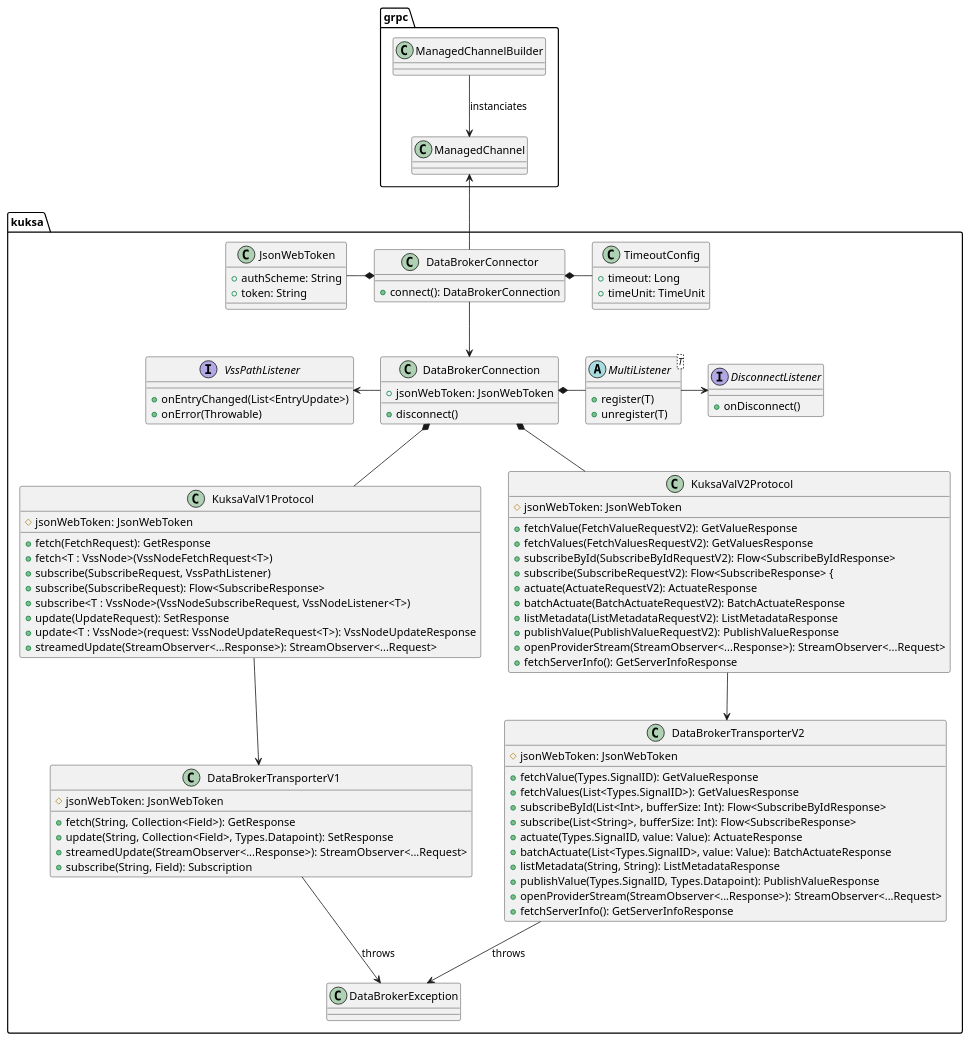
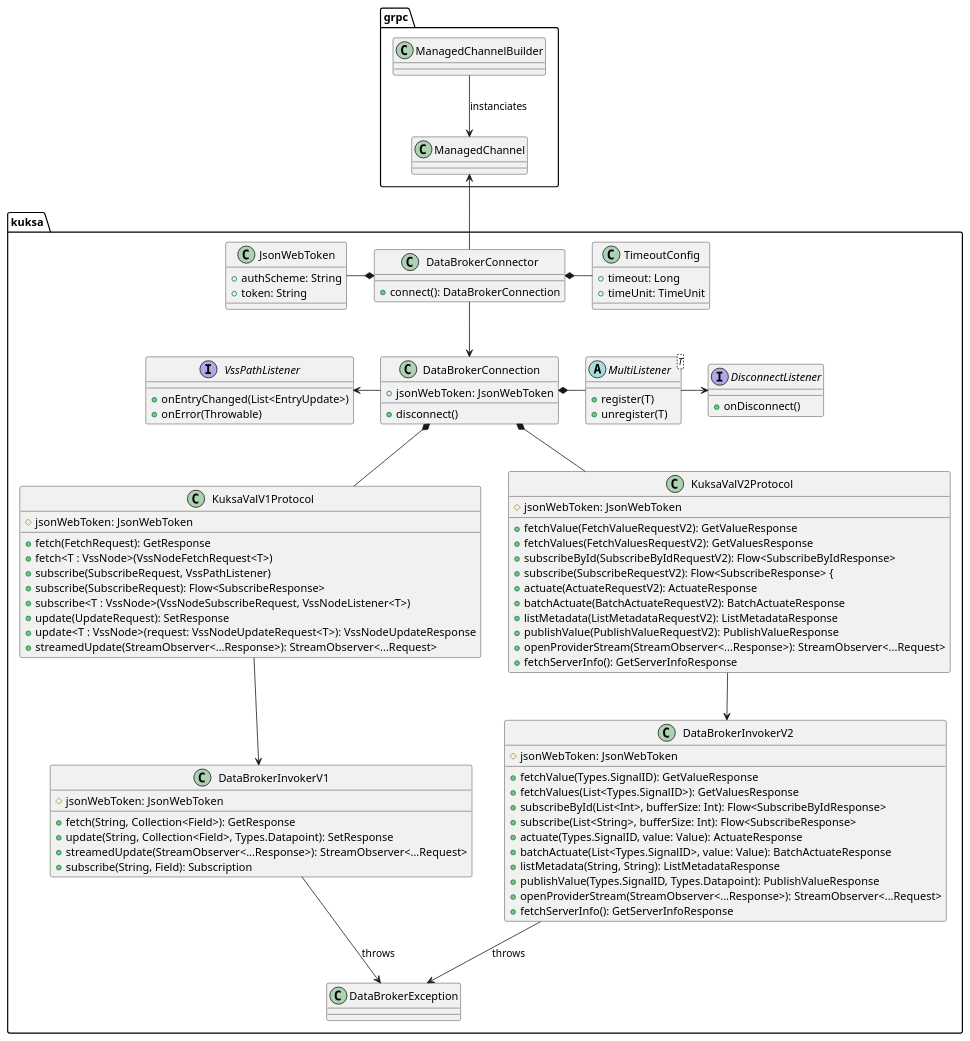
The diagram in docs/kuksa-sdk_class-diagram.puml (boschglobal/kuksa-java-sdk), drawn with PlantUML before and after one commit. The commit also changed 10 other files, not shown here.

Commit message:
chore: Rename DataBrokerTransporter to DataBrokerInvoker

```diff
--- a/docs/kuksa-sdk_class-diagram.puml
+++ b/docs/kuksa-sdk_class-diagram.puml
@@ -1,117 +1,117 @@
 @startuml
 'https://plantuml.com/class-diagram
 
 package grpc {
 
     ManagedChannelBuilder --> ManagedChannel: instanciates
 
     class ManagedChannel
     class ManagedChannelBuilder
 
 }
 
 package kuksa {
 
     DataBrokerConnector -down-> DataBrokerConnection
     DataBrokerConnection -left-> VssPathListener
     DataBrokerConnection *-right- MultiListener
     MultiListener -right-> DisconnectListener
     TimeoutConfig -left-* DataBrokerConnector
     JsonWebToken -right-* DataBrokerConnector
 
     class DataBrokerConnector {
         + connect(): DataBrokerConnection
     }
 
     class TimeoutConfig {
         + timeout: Long
         + timeUnit: TimeUnit
     }
 
     class DataBrokerConnection {
         + jsonWebToken: JsonWebToken
 
         + disconnect()
     }
 
-    class DataBrokerTransporterV1 {
+    class DataBrokerInvokerV1 {
         # jsonWebToken: JsonWebToken
         + fetch(String, Collection<Field>): GetResponse
         + update(String, Collection<Field>, Types.Datapoint): SetResponse
         + streamedUpdate(StreamObserver<...Response>): StreamObserver<...Request>
         + subscribe(String, Field): Subscription
     }
 
      class KuksaValV1Protocol {
         # jsonWebToken: JsonWebToken
         + fetch(FetchRequest): GetResponse
         + fetch<T : VssNode>(VssNodeFetchRequest<T>)
         + subscribe(SubscribeRequest, VssPathListener)
         + subscribe(SubscribeRequest): Flow<SubscribeResponse>
         + subscribe<T : VssNode>(VssNodeSubscribeRequest, VssNodeListener<T>)
         + update(UpdateRequest): SetResponse
         + update<T : VssNode>(request: VssNodeUpdateRequest<T>): VssNodeUpdateResponse
         + streamedUpdate(StreamObserver<...Response>): StreamObserver<...Request>
     }
 
-     class DataBrokerTransporterV2 {
+     class DataBrokerInvokerV2 {
          # jsonWebToken: JsonWebToken
          + fetchValue(Types.SignalID): GetValueResponse
          + fetchValues(List<Types.SignalID>): GetValuesResponse
          + subscribeById(List<Int>, bufferSize: Int): Flow<SubscribeByIdResponse>
          + subscribe(List<String>, bufferSize: Int): Flow<SubscribeResponse>
          + actuate(Types.SignalID, value: Value): ActuateResponse
          + batchActuate(List<Types.SignalID>, value: Value): BatchActuateResponse
          + listMetadata(String, String): ListMetadataResponse
          + publishValue(Types.SignalID, Types.Datapoint): PublishValueResponse
          + openProviderStream(StreamObserver<...Response>): StreamObserver<...Request>
          + fetchServerInfo(): GetServerInfoResponse
      }
 
     class KuksaValV2Protocol {
         # jsonWebToken: JsonWebToken
         + fetchValue(FetchValueRequestV2): GetValueResponse
         + fetchValues(FetchValuesRequestV2): GetValuesResponse
         + subscribeById(SubscribeByIdRequestV2): Flow<SubscribeByIdResponse>
         + subscribe(SubscribeRequestV2): Flow<SubscribeResponse> {
         + actuate(ActuateRequestV2): ActuateResponse
         + batchActuate(BatchActuateRequestV2): BatchActuateResponse
         + listMetadata(ListMetadataRequestV2): ListMetadataResponse
         + publishValue(PublishValueRequestV2): PublishValueResponse
         + openProviderStream(StreamObserver<...Response>): StreamObserver<...Request>
         + fetchServerInfo(): GetServerInfoResponse
     }
     
     interface VssPathListener {
         + onEntryChanged(List<EntryUpdate>)
         + onError(Throwable)
     }
 
 
 
     class DataBrokerException
 
     abstract class MultiListener<T> {
         + register(T)
         + unregister(T)
     }
 
     interface DisconnectListener {
         + onDisconnect()
     }
 
     class JsonWebToken {
         + authScheme: String
         + token: String
     }
 }
 
 DataBrokerConnector -up-> ManagedChannel
 DataBrokerConnection *-down- KuksaValV1Protocol
 DataBrokerConnection *-down- KuksaValV2Protocol
-KuksaValV1Protocol -down-> DataBrokerTransporterV1
-KuksaValV2Protocol -down-> DataBrokerTransporterV2
-DataBrokerTransporterV1 -down-> DataBrokerException: throws
-DataBrokerTransporterV2 -down-> DataBrokerException: throws
+KuksaValV1Protocol -down-> DataBrokerInvokerV1
+KuksaValV2Protocol -down-> DataBrokerInvokerV2
+DataBrokerInvokerV1 -down-> DataBrokerException: throws
+DataBrokerInvokerV2 -down-> DataBrokerException: throws
 
 @enduml
```
